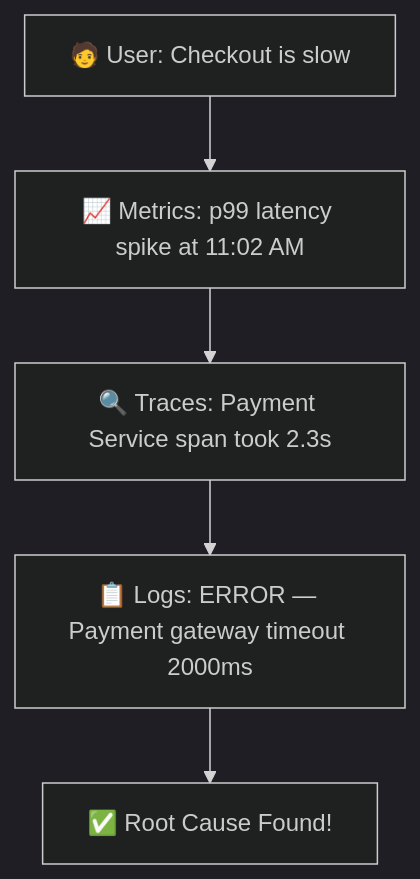
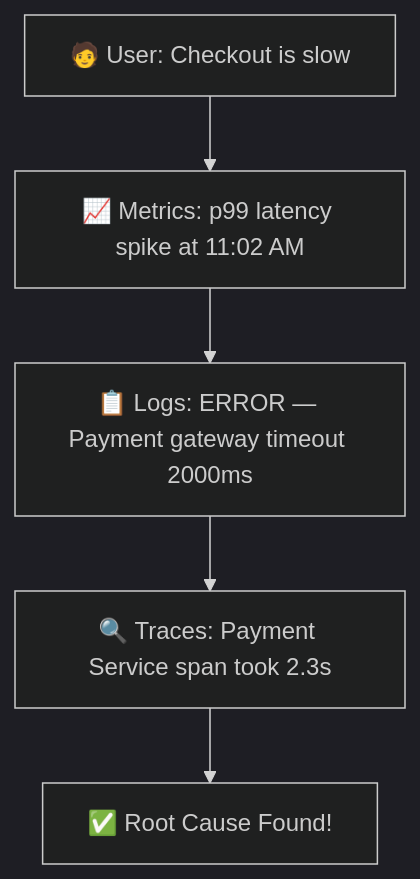
The diagram in observability/day-1/README.md (amandhal/Training-Sessions-CloudMaven-DevOps-Internship), drawn with Mermaid (dark theme) before and after one commit. The commit also changed other lines of this file, not shown here.

````diff
--- a/observability/day-1/README.md
+++ b/observability/day-1/README.md
@@ -134,7 +134,7 @@
 ```mermaid
 flowchart TD
     A["🧑 User: Checkout is slow"] --> B["📈 Metrics: p99 latency spike at 11:02 AM"]
-    B --> C["🔍 Traces: Payment Service span took 2.3s"]
-    C --> D["📋 Logs: ERROR — Payment gateway timeout 2000ms"]
+    B --> C["📋 Logs: ERROR — Payment gateway timeout 2000ms"]
+    C --> D["🔍 Traces: Payment Service span took 2.3s"]
     D --> E["✅ Root Cause Found!"]
 ```
````
